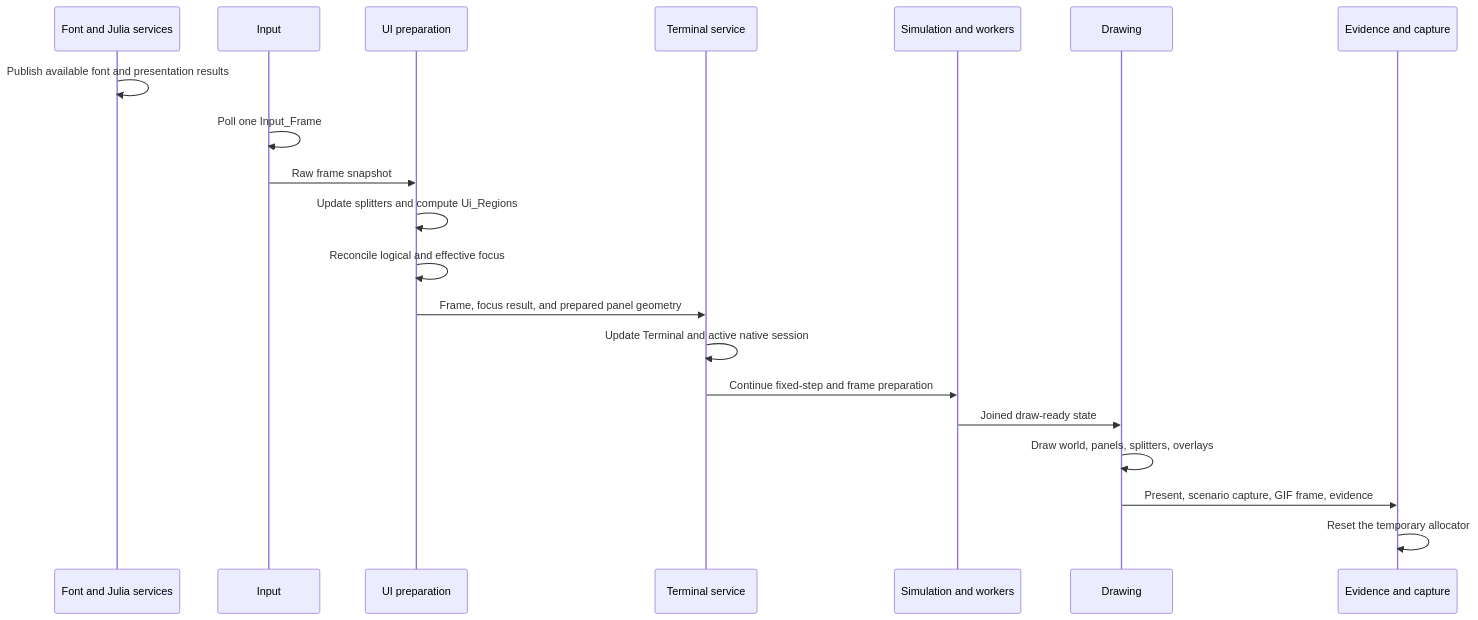
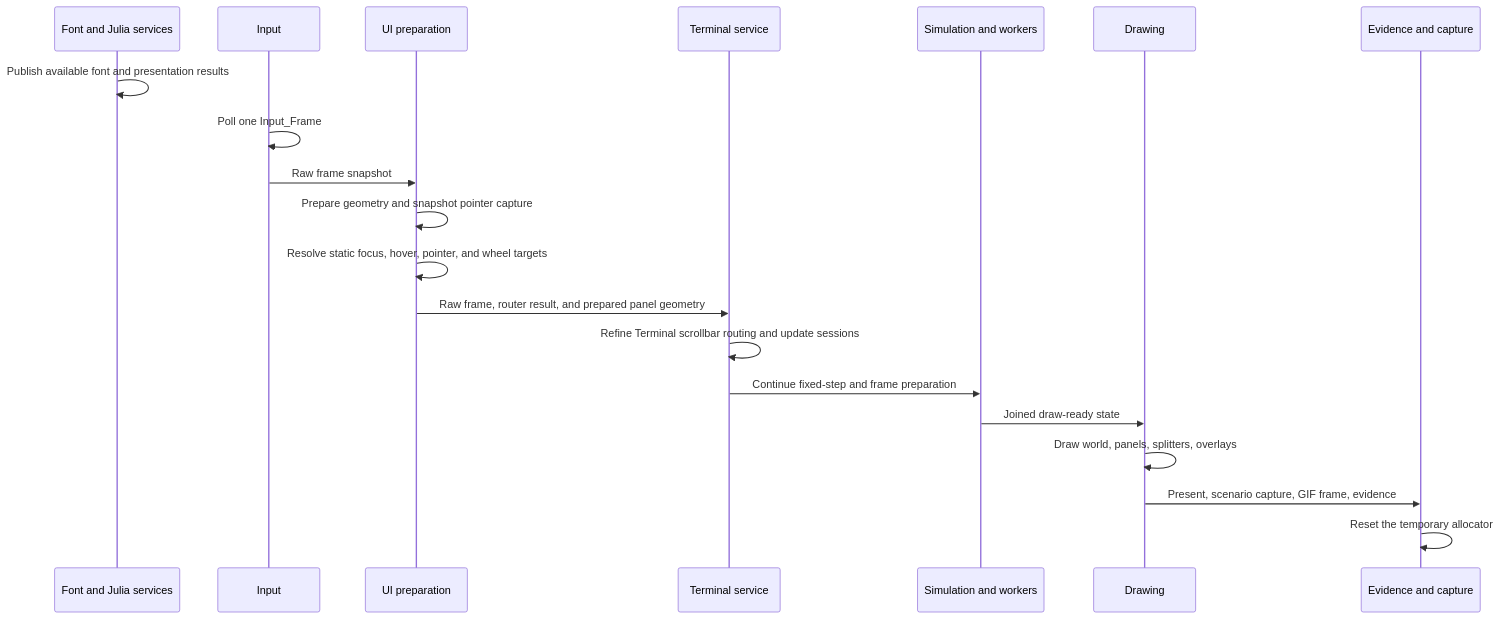
One commit to derekshoneycutt/Euclid changed the second of 5 diagrams in docs/wiki/Guides/UiSystem.md. Above: the diagram before and after it, drawn with Mermaid. The commit also changed other lines of this file and 12 other files, not shown here.

````diff
--- a/docs/wiki/Guides/UiSystem.md
+++ b/docs/wiki/Guides/UiSystem.md
@@ -149,23 +149,23 @@
 ```mermaid
 sequenceDiagram
     participant F as Font and Julia services
     participant I as Input
     participant U as UI preparation
     participant T as Terminal service
     participant S as Simulation and workers
     participant D as Drawing
     participant E as Evidence and capture
 
     F->>F: Publish available font and presentation results
     I->>I: Poll one Input_Frame
     I->>U: Raw frame snapshot
-    U->>U: Update splitters and compute Ui_Regions
-    U->>U: Reconcile logical and effective focus
-    U->>T: Frame, focus result, and prepared panel geometry
-    T->>T: Update Terminal and active native session
+    U->>U: Prepare geometry and snapshot pointer capture
+    U->>U: Resolve static focus, hover, pointer, and wheel targets
+    U->>T: Raw frame, router result, and prepared panel geometry
+    T->>T: Refine Terminal scrollbar routing and update sessions
     T->>S: Continue fixed-step and frame preparation
     S->>D: Joined draw-ready state
     D->>D: Draw world, panels, splitters, overlays
     D->>E: Present, scenario capture, GIF frame, evidence
     E->>E: Reset the temporary allocator
 ```
````
